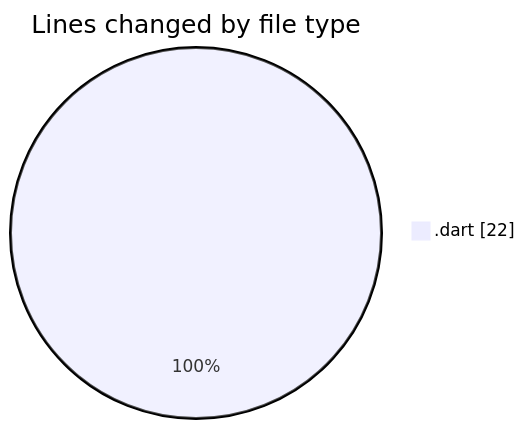
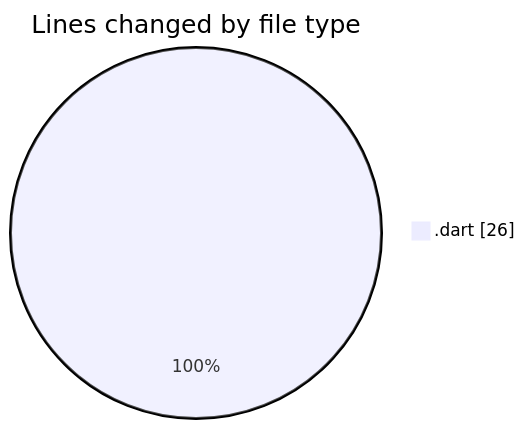
Before and after one commit to donsfak/code-tracking: the first of 2 diagrams in 2025-01-13/trackers_app/README.md, drawn with Mermaid. The commit also changed other lines of this file and 1 other file, not shown here.

````diff
--- a/2025-01-13/trackers_app/README.md
+++ b/2025-01-13/trackers_app/README.md
@@ -21,5 +21,5 @@
 ```mermaid
 pie showData
 title Lines changed by file type
-".dart" : 22
+".dart" : 26
 ```
````
